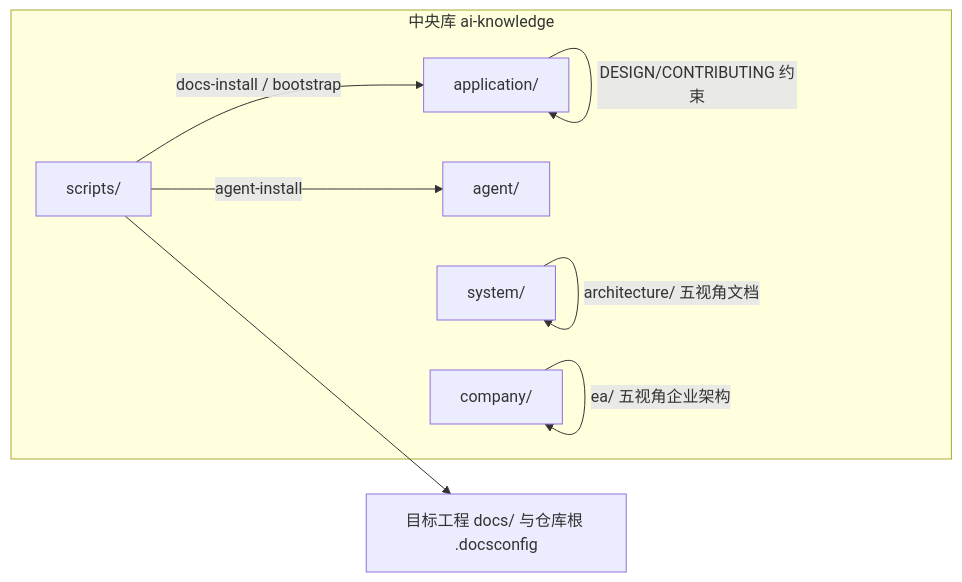
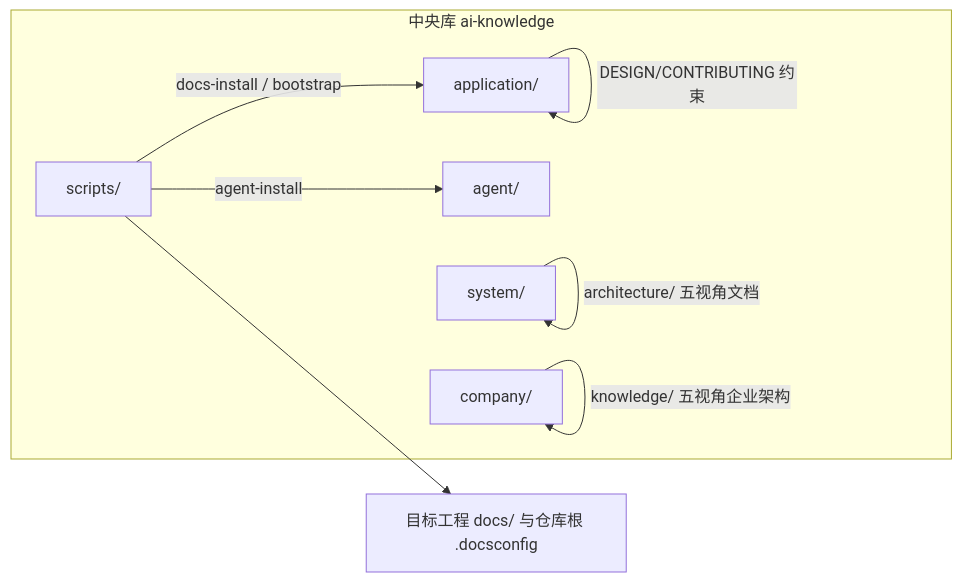
One commit to oleewen/ai-knowledge changed the first of 2 diagrams in INDEX_GUIDE.md. Above: the diagram before and after it, drawn with Mermaid. The commit also changed other lines of this file and 3 other files, not shown here.

````diff
--- a/INDEX_GUIDE.md
+++ b/INDEX_GUIDE.md
@@ -54,17 +54,17 @@
 ```mermaid
 flowchart LR
   subgraph central["中央库 ai-knowledge"]
     app["application/"]
     ag["agent/"]
     sc["scripts/"]
     sys["system/"]
     co["company/"]
   end
   tgt["目标工程 docs/ 与仓库根 .docsconfig"]
   sc -->|"docs-install / bootstrap"| app
   sc -->|"agent-install"| ag
   sc --> tgt
   app -->|"DESIGN/CONTRIBUTING 约束"| app
   sys -->|"architecture/ 五视角文档"| sys
-  co -->|"ea/ 五视角企业架构"| co
+  co -->|"knowledge/ 五视角企业架构"| co
 ```
````
